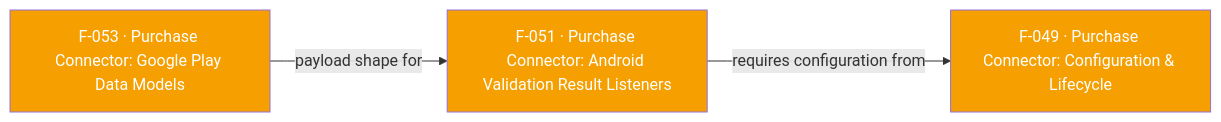
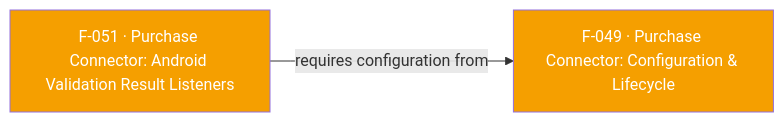
One commit to AppsFlyerSDK/appsflyer-flutter-plugin changed the diagram in internal-docs/features/F-051-purchase-connector-android-validation-result-listeners.md. Above: the diagram before and after it, drawn with Mermaid. The commit also changed other lines of this file and 82 other files, not shown here.

````diff
--- a/internal-docs/features/F-051-purchase-connector-android-validation-result-listeners.md
+++ b/internal-docs/features/F-051-purchase-connector-android-validation-result-listeners.md
@@ -82,6 +82,5 @@
 ```mermaid
 flowchart LR
     F051["F-051 · Purchase Connector: Android Validation Result Listeners"]:::purchaseValidation -->|"requires configuration from"| F049["F-049 · Purchase Connector: Configuration & Lifecycle"]:::purchaseValidation
-    F053["F-053 · Purchase Connector: Google Play Data Models"]:::purchaseValidation -->|"payload shape for"| F051
     classDef purchaseValidation fill:#F59F00,color:#fff
 ```
````
